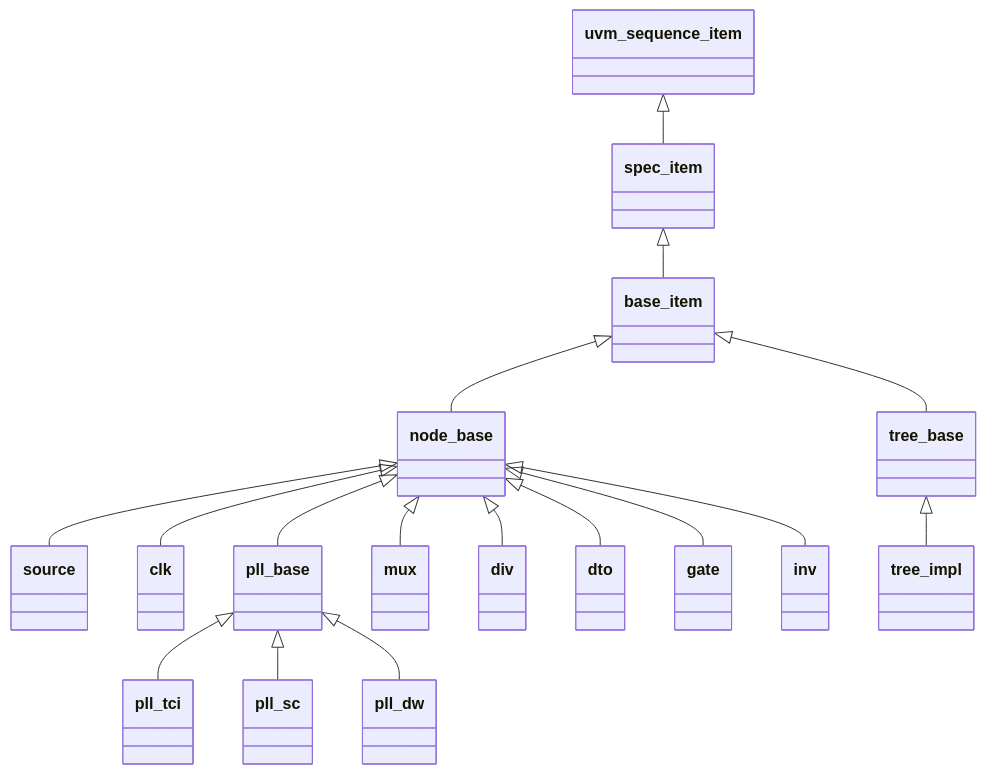
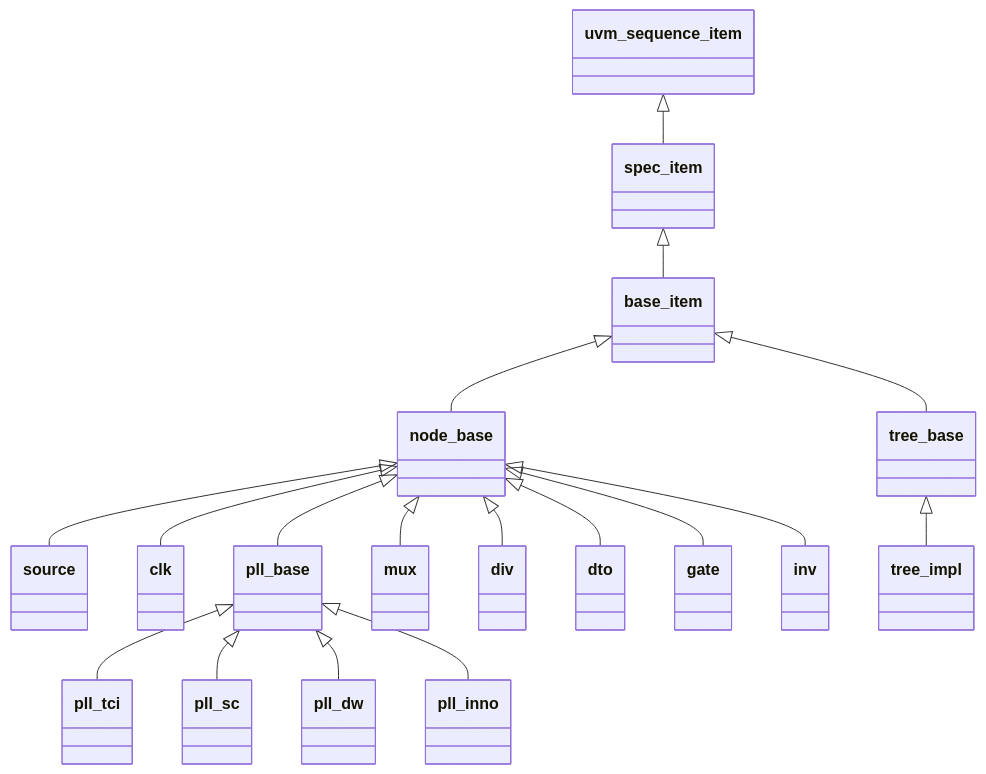
One commit to XiaoHui2023/templates changed the diagram in src/sv/agent/clock_tree/model.md. Above: the diagram before and after it, drawn with Mermaid. The commit also changed other lines of this file and 3 other files, not shown here.

````diff
--- a/src/sv/agent/clock_tree/model.md
+++ b/src/sv/agent/clock_tree/model.md
@@ -9,19 +9,20 @@
 ```mermaid
 classDiagram
     uvm_sequence_item <|-- spec_item
     spec_item <|-- base_item
     base_item <|-- node_base
     base_item <|-- tree_base
     node_base <|-- source
     node_base <|-- clk
     node_base <|-- pll_base
     pll_base <|-- pll_tci
     pll_base <|-- pll_sc
     pll_base <|-- pll_dw
+    pll_base <|-- pll_inno
     node_base <|-- mux
     node_base <|-- div
     node_base <|-- dto
     node_base <|-- gate
     node_base <|-- inv
     tree_base <|-- tree_impl
 ```
````
